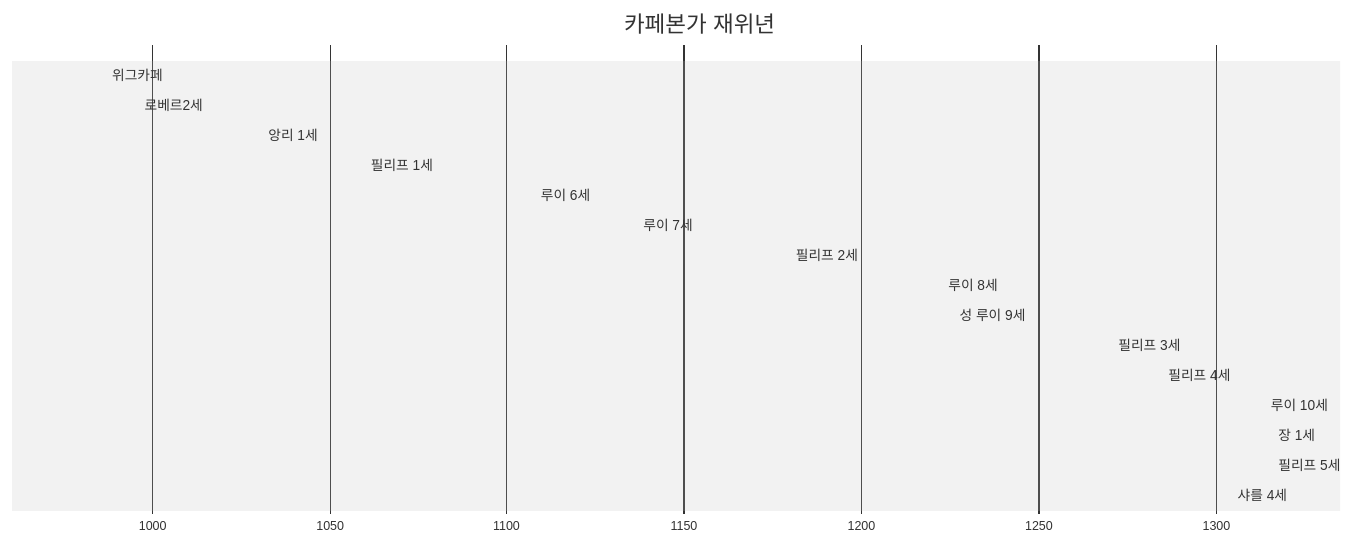
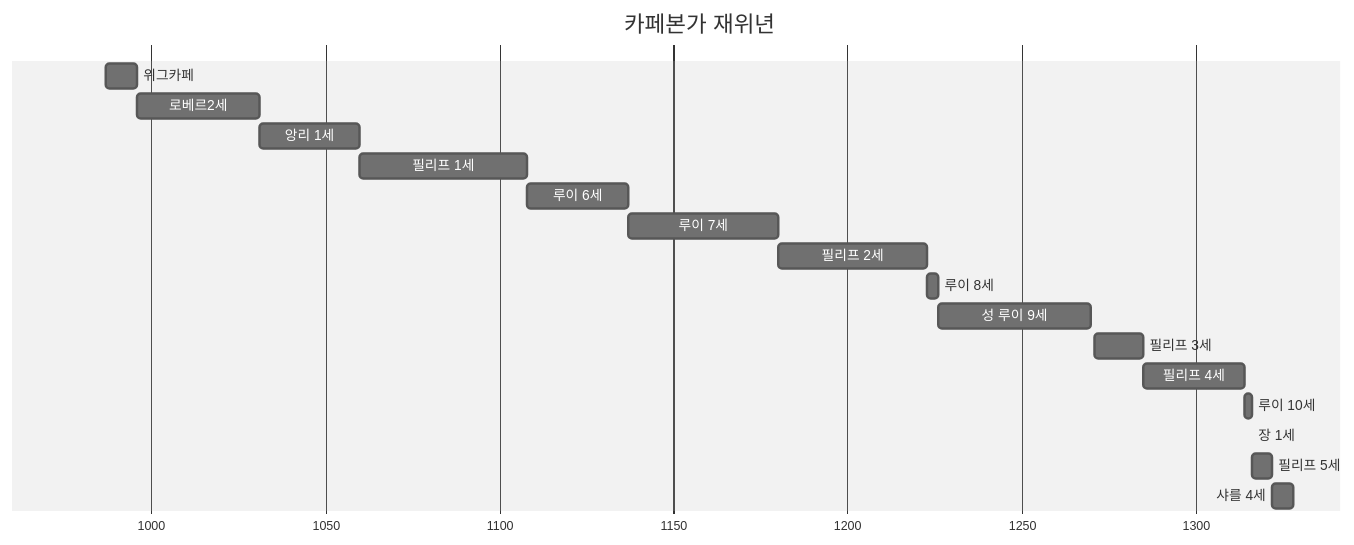
The first of 2 diagrams in 세계사/프랑스카페본가.md (daewonyoon/historigram), drawn with Mermaid (neutral theme) before and after one commit. The commit also changed 1 other file, not shown here.

````diff
--- a/세계사/프랑스카페본가.md
+++ b/세계사/프랑스카페본가.md
@@ -1,23 +1,24 @@
 ```mermaid
 gantt
 
 	title 카페본가 재위년
+    dateFormat YYYY
 	axisFormat %Y
 	
 	위그카페: 0987, 0996
 	로베르2세: 996, 1031
     앙리 1세: 1031,1060
     필리프 1세: 1060,1108
     루이 6세: 1108,1137
     루이 7세: 1137,1180
     필리프 2세: 1180,1223
     루이 8세: 1223,1226
     성 루이 9세: 1226,1270
     필리프 3세: 1271,1285
     필리프 4세: 1285,1314
     루이 10세: 1314,1316
     장 1세: 1316, 1316
     필리프 5세: 1316,1322
     샤를 4세: 1322,1328
 
 ```
````
